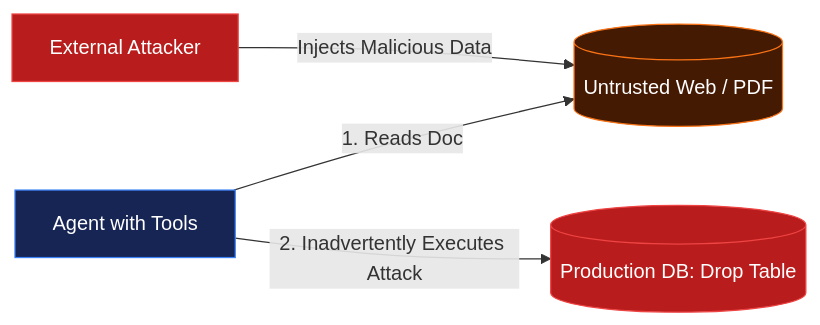
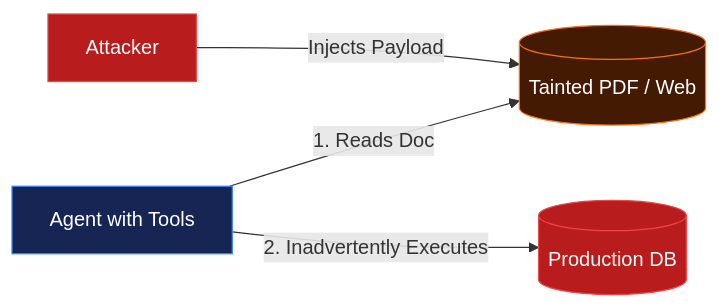
The first of 3 diagrams in tech/agentic-ai/slides/_12-security-guardrails.qmd (tvseshagiri/kaameekru), drawn with Mermaid before and after one commit. The commit also changed other lines of this file and 4 other files, not shown here.

````diff
--- a/tech/agentic-ai/slides/_12-security-guardrails.qmd
+++ b/tech/agentic-ai/slides/_12-security-guardrails.qmd
@@ -18,10 +45,10 @@
 ```{mermaid}
 graph LR
-    Attacker[External Attacker] -->|Injects Malicious Data| Doc[(Untrusted Web / PDF)]
+    Attacker[Attacker] -->|Injects Payload| Doc[(Tainted PDF / Web)]
     Agent[Agent with Tools] -->|1. Reads Doc| Doc
-    Agent -->|2. Inadvertently Executes Attack| DB[(Production DB: Drop Table)]
+    Agent -->|2. Inadvertently Executes| DB[(Production DB)]
     style Attacker fill:#b91c1c,stroke:#ef4444,color:#fff
     style Doc fill:#451a03,stroke:#f97316,color:#fff
     style Agent fill:#172554,stroke:#3b82f6,color:#fff
     style DB fill:#b91c1c,stroke:#ef4444,color:#fff
 ```
````
